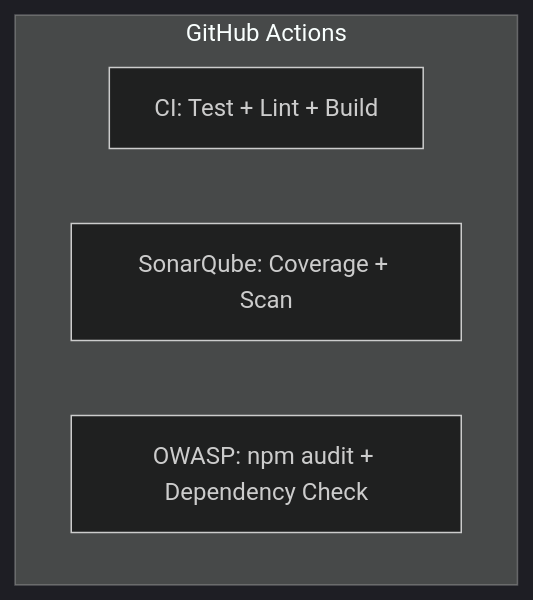
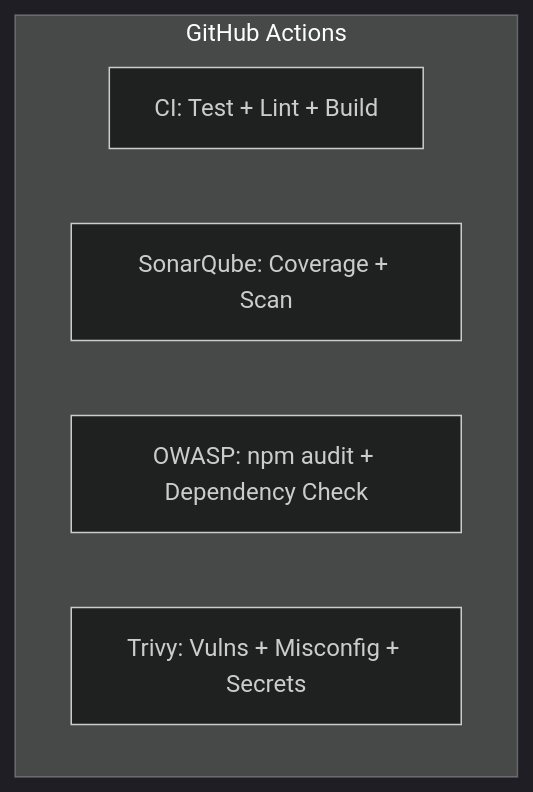
Before and after one commit to DocFaust/chordpro-converter: the sixth of 6 diagrams in docs/architecture.md, drawn with Mermaid (dark theme). The commit also changed other lines of this file and 1 other file, not shown here.

Commit message:
feat: add Trivy Security Scan workflow for vulnerability assessment

````diff
--- a/docs/architecture.md
+++ b/docs/architecture.md
@@ -289,8 +297,9 @@
 ```mermaid
 flowchart TB
     subgraph GHA["GitHub Actions"]
         CI1["CI: Test + Lint + Build"]
         SQ1["SonarQube: Coverage + Scan"]
         OW1["OWASP: npm audit + Dependency Check"]
+        TV1["Trivy: Vulns + Misconfig + Secrets"]
     end
 ```
````
